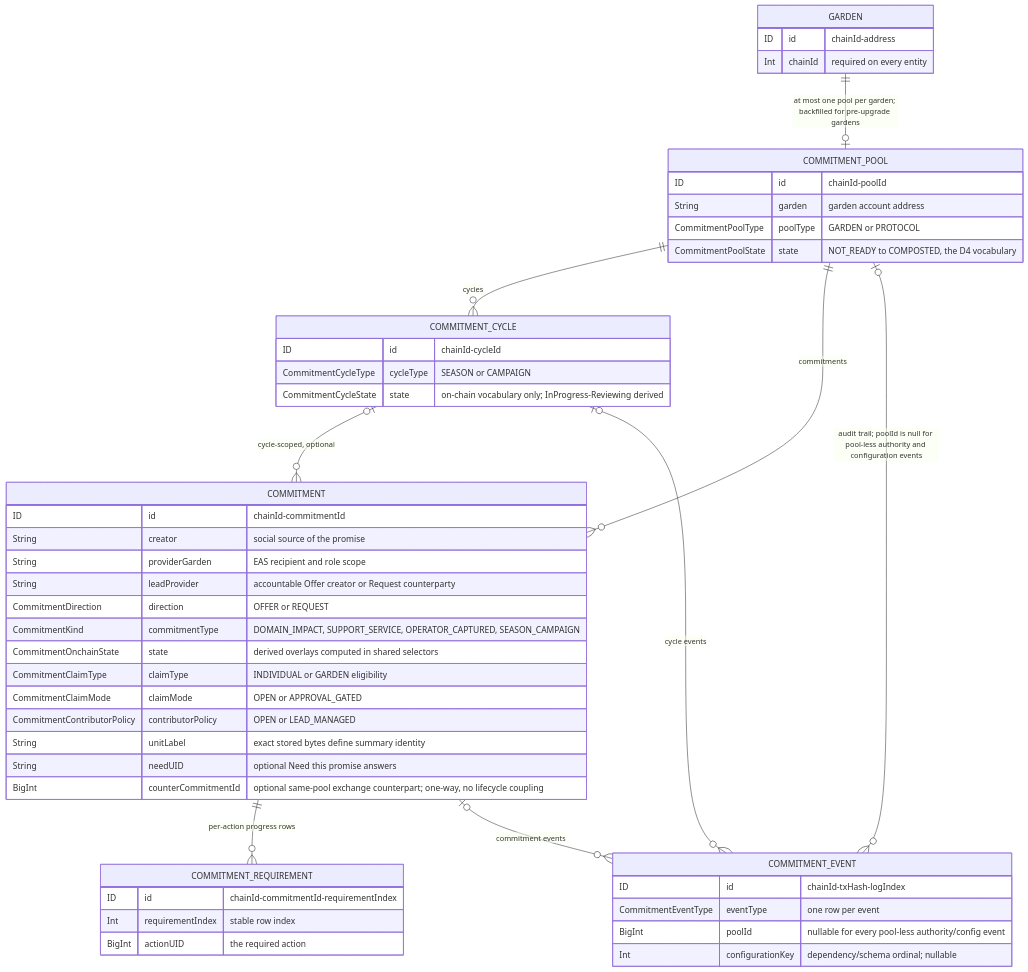
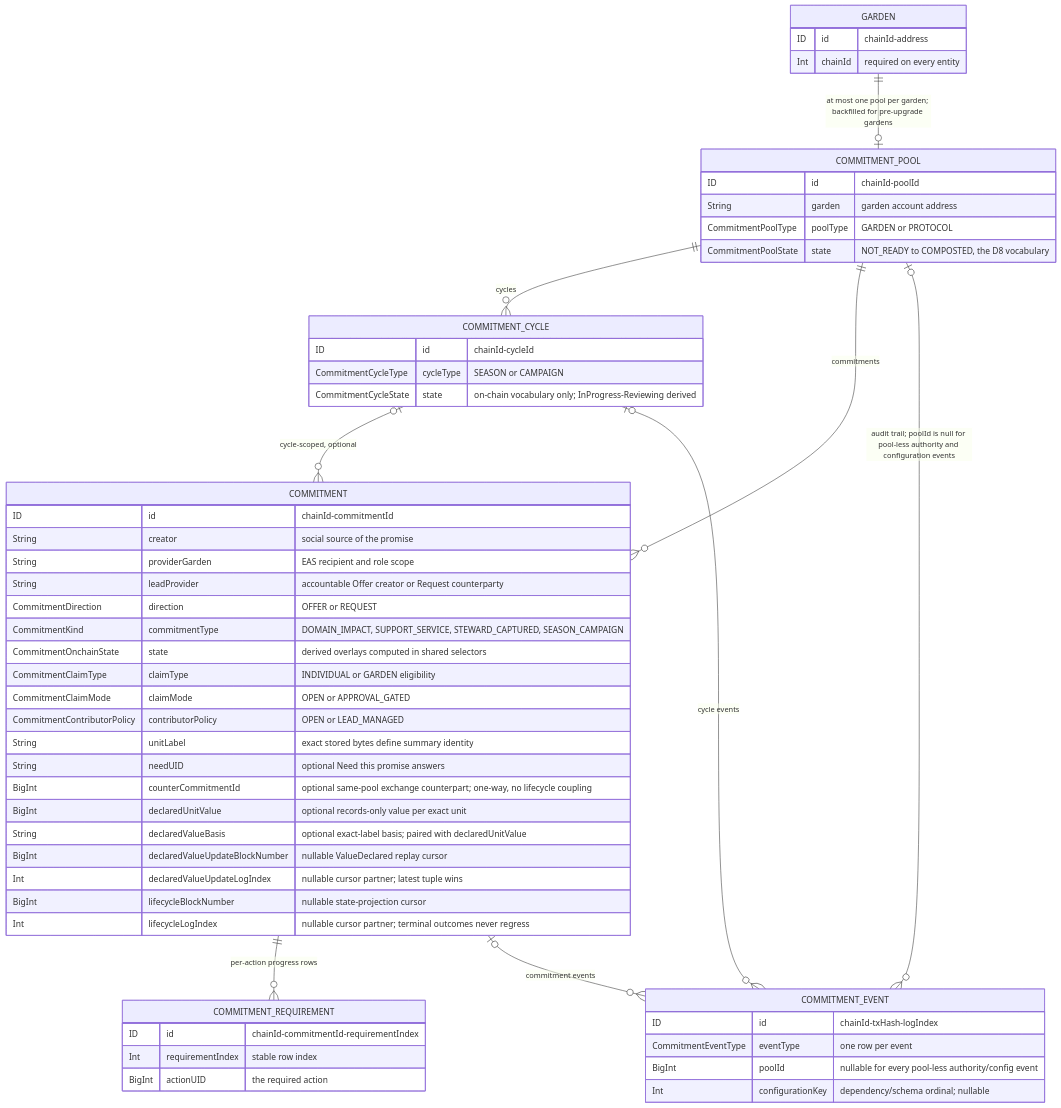
Diagram 23 of 38 in .plans/active/commitment-pooling/diagrams.md (greenpill-dev-guild/green-goods), drawn with Mermaid before and after one commit. The commit also changed other lines of this file and 8 other files, not shown here.

````diff
--- a/.plans/active/commitment-pooling/diagrams.md
+++ b/.plans/active/commitment-pooling/diagrams.md
@@ -751,58 +1155,64 @@
 ```mermaid
 erDiagram
   GARDEN ||--o| COMMITMENT_POOL : "at most one pool per garden; backfilled for pre-upgrade gardens"
   COMMITMENT_POOL ||--o{ COMMITMENT_CYCLE : "cycles"
   COMMITMENT_POOL ||--o{ COMMITMENT : "commitments"
   COMMITMENT_CYCLE |o--o{ COMMITMENT : "cycle-scoped, optional"
   COMMITMENT ||--o{ COMMITMENT_REQUIREMENT : "per-action progress rows"
   COMMITMENT_POOL |o--o{ COMMITMENT_EVENT : "audit trail; poolId is null for pool-less authority and configuration events"
   COMMITMENT_CYCLE |o--o{ COMMITMENT_EVENT : "cycle events"
   COMMITMENT |o--o{ COMMITMENT_EVENT : "commitment events"
 
   GARDEN {
     ID id "chainId-address"
     Int chainId "required on every entity"
   }
 
   COMMITMENT_POOL {
     ID id "chainId-poolId"
     String garden "garden account address"
     CommitmentPoolType poolType "GARDEN or PROTOCOL"
-    CommitmentPoolState state "NOT_READY to COMPOSTED, the D4 vocabulary"
+    CommitmentPoolState state "NOT_READY to COMPOSTED, the D8 vocabulary"
   }
 
   COMMITMENT_CYCLE {
     ID id "chainId-cycleId"
     CommitmentCycleType cycleType "SEASON or CAMPAIGN"
     CommitmentCycleState state "on-chain vocabulary only; InProgress-Reviewing derived"
   }
 
   COMMITMENT {
     ID id "chainId-commitmentId"
     String creator "social source of the promise"
     String providerGarden "EAS recipient and role scope"
     String leadProvider "accountable Offer creator or Request counterparty"
     CommitmentDirection direction "OFFER or REQUEST"
-    CommitmentKind commitmentType "DOMAIN_IMPACT, SUPPORT_SERVICE, OPERATOR_CAPTURED, SEASON_CAMPAIGN"
+    CommitmentKind commitmentType "DOMAIN_IMPACT, SUPPORT_SERVICE, STEWARD_CAPTURED, SEASON_CAMPAIGN"
     CommitmentOnchainState state "derived overlays computed in shared selectors"
     CommitmentClaimType claimType "INDIVIDUAL or GARDEN eligibility"
     CommitmentClaimMode claimMode "OPEN or APPROVAL_GATED"
     CommitmentContributorPolicy contributorPolicy "OPEN or LEAD_MANAGED"
     String unitLabel "exact stored bytes define summary identity"
     String needUID "optional Need this promise answers"
     BigInt counterCommitmentId "optional same-pool exchange counterpart; one-way, no lifecycle coupling"
+    BigInt declaredUnitValue "optional records-only value per exact unit"
+    String declaredValueBasis "optional exact-label basis; paired with declaredUnitValue"
+    BigInt declaredValueUpdateBlockNumber "nullable ValueDeclared replay cursor"
+    Int declaredValueUpdateLogIndex "nullable cursor partner; latest tuple wins"
+    BigInt lifecycleBlockNumber "nullable state-projection cursor"
+    Int lifecycleLogIndex "nullable cursor partner; terminal outcomes never regress"
   }
 
   COMMITMENT_REQUIREMENT {
     ID id "chainId-commitmentId-requirementIndex"
     Int requirementIndex "stable row index"
     BigInt actionUID "the required action"
   }
 
   COMMITMENT_EVENT {
     ID id "chainId-txHash-logIndex"
     CommitmentEventType eventType "one row per event"
     BigInt poolId "nullable for every pool-less authority/config event"
     Int configurationKey "dependency/schema ordinal; nullable"
   }
 ```
````
